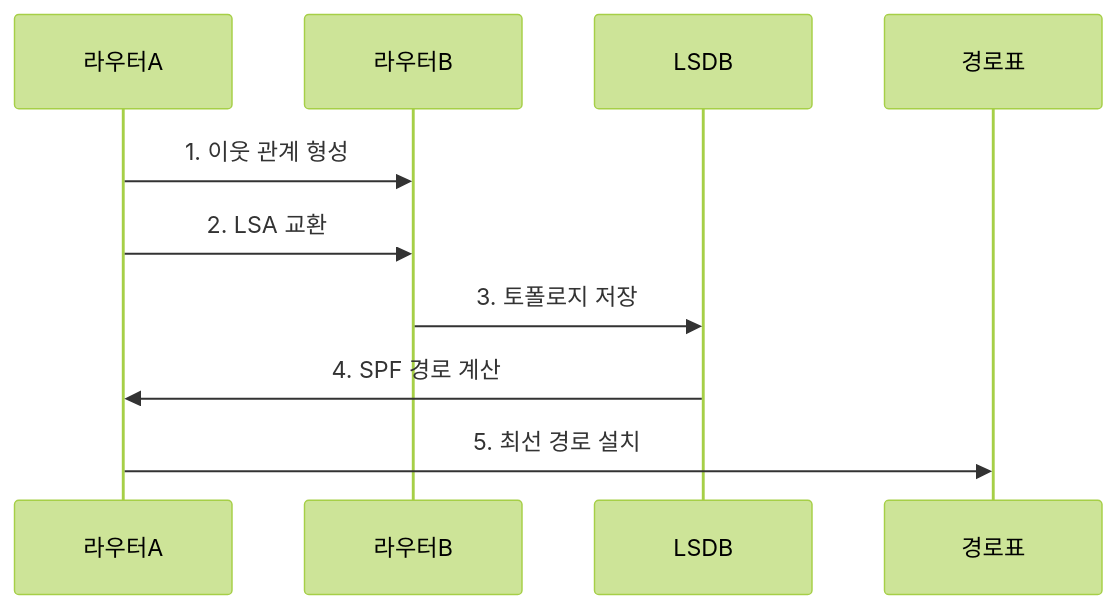
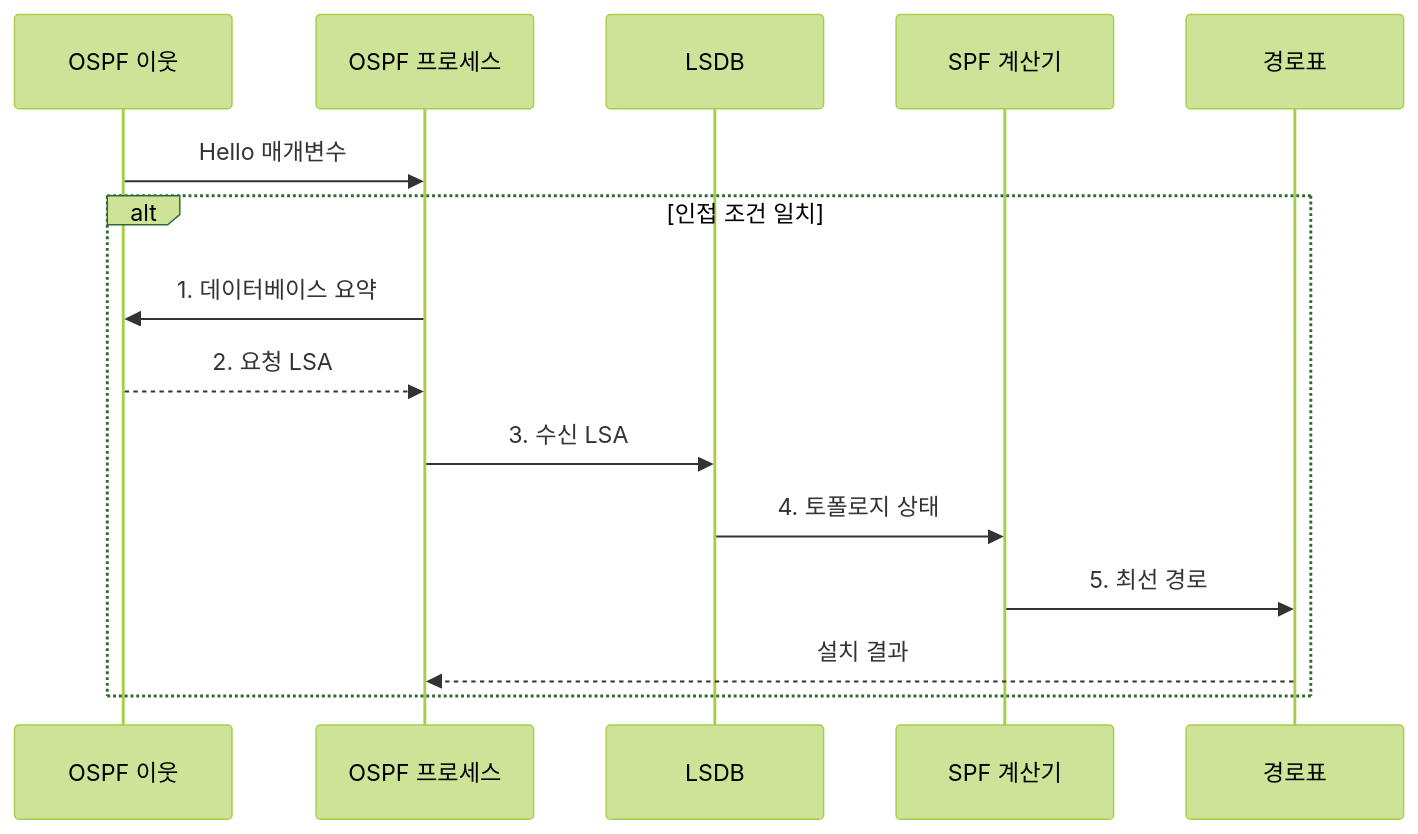
One commit to agnusdei1207/knowledge-base changed the second of 2 diagrams in src/content/docs/notes/04-network/011_ospf_link_state_routing.md. Above: the diagram before and after it, drawn with Mermaid (forest theme). The commit also changed other lines of this file and 20 other files, not shown here.

````diff
--- a/src/content/docs/notes/04-network/011_ospf_link_state_routing.md
+++ b/src/content/docs/notes/04-network/011_ospf_link_state_routing.md
@@ -90,12 +95,17 @@
 ```mermaid
 sequenceDiagram
-    participant 라우터A
-    participant 라우터B
-    participant LSDB
-    participant 경로표
-    라우터A->>라우터B: 1. 이웃 관계 형성
-    라우터A->>라우터B: 2. LSA 교환
-    라우터B->>LSDB: 3. 토폴로지 저장
-    LSDB->>라우터A: 4. SPF 경로 계산
-    라우터A->>경로표: 5. 최선 경로 설치
+    participant N as OSPF 이웃
+    participant P as OSPF 프로세스
+    participant D as LSDB
+    participant S as SPF 계산기
+    participant R as 경로표
+    N->>P: Hello 매개변수
+    alt 인접 조건 일치
+        P->>N: 1. 데이터베이스 요약
+        N-->>P: 2. 요청 LSA
+        P->>D: 3. 수신 LSA
+        D->>S: 4. 토폴로지 상태
+        S->>R: 5. 최선 경로
+        R-->>P: 설치 결과
+    end
 ```
````
